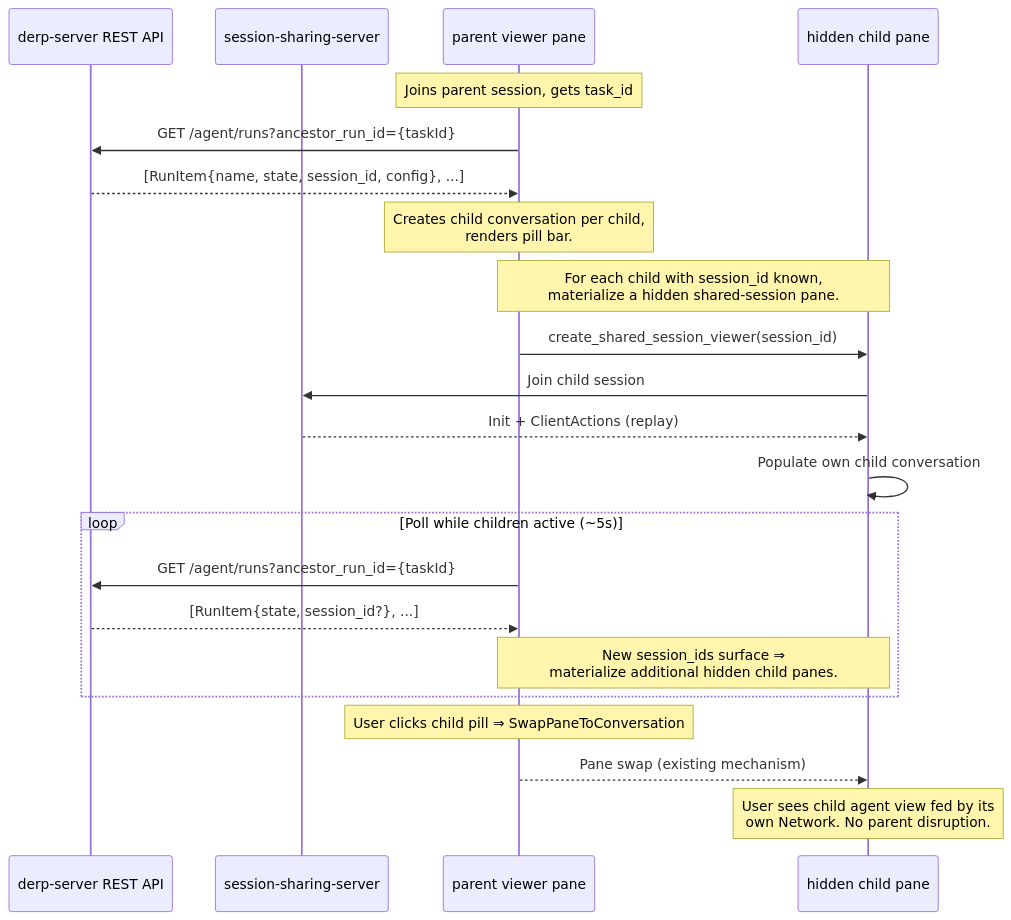
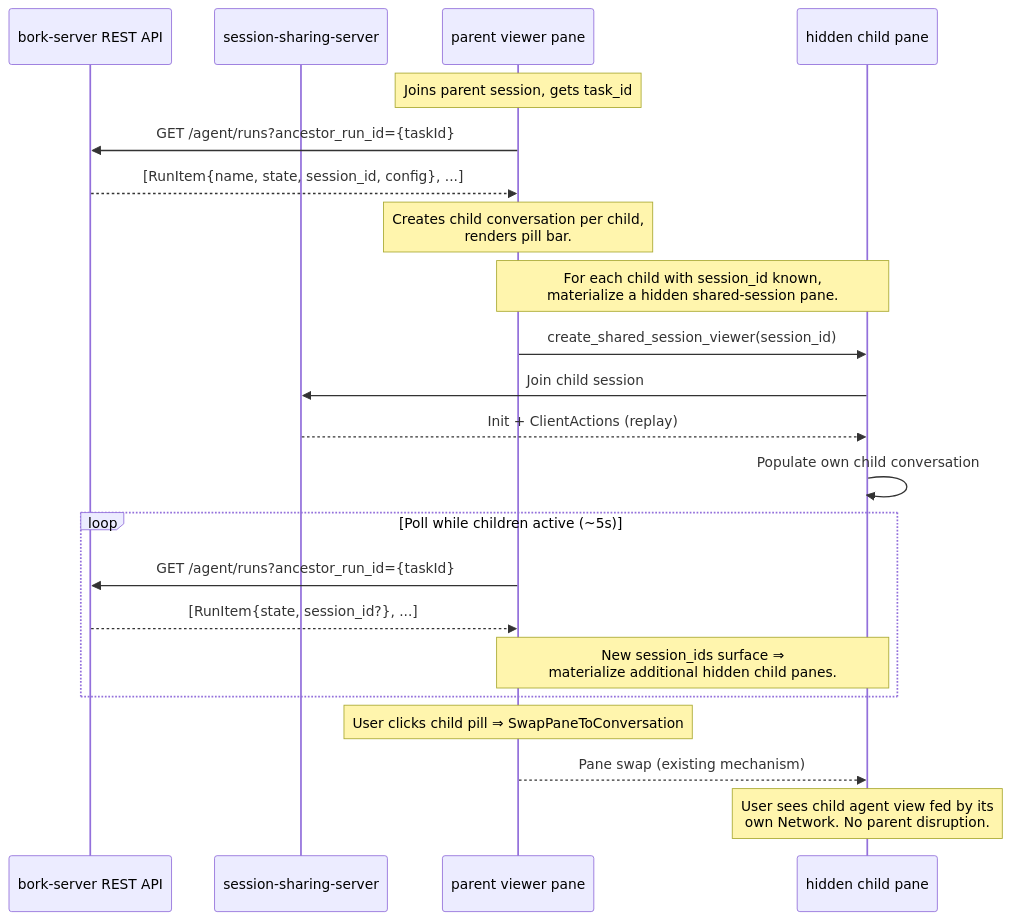
One commit to antikrust/krust-terminal changed the diagram in specs/orch-pill-bar-web/TECH.md. Above: the diagram before and after it, drawn with Mermaid. The commit also changed other lines of this file and 4477 other files, not shown here.

First line of the commit message:
Rebrand Derp -> Bork

````diff
--- a/specs/orch-pill-bar-web/TECH.md
+++ b/specs/orch-pill-bar-web/TECH.md
@@ -224,29 +224,29 @@
 ```mermaid
 sequenceDiagram
-    participant Server as derp-server REST API
+    participant Server as bork-server REST API
     participant SSS as session-sharing-server
     participant ParentPane as parent viewer pane
     participant ChildPane as hidden child pane
 
     Note over ParentPane: Joins parent session, gets task_id
     ParentPane->>Server: GET /agent/runs?ancestor_run_id={taskId}
     Server-->>ParentPane: [RunItem{name, state, session_id, config}, ...]
 
     Note over ParentPane: Creates child conversation per child,<br/>renders pill bar.
 
     Note over ParentPane,ChildPane: For each child with session_id known,<br/>materialize a hidden shared-session pane.
     ParentPane->>ChildPane: create_shared_session_viewer(session_id)
     ChildPane->>SSS: Join child session
     SSS-->>ChildPane: Init + ClientActions (replay)
     ChildPane->>ChildPane: Populate own child conversation
 
     loop Poll while children active (~5s)
         ParentPane->>Server: GET /agent/runs?ancestor_run_id={taskId}
         Server-->>ParentPane: [RunItem{state, session_id?}, ...]
         Note over ParentPane,ChildPane: New session_ids surface ⇒<br/>materialize additional hidden child panes.
     end
 
     Note over ParentPane: User clicks child pill ⇒ SwapPaneToConversation
     ParentPane-->>ChildPane: Pane swap (existing mechanism)
     Note over ChildPane: User sees child agent view fed by its<br/>own Network. No parent disruption.
 ```
````
